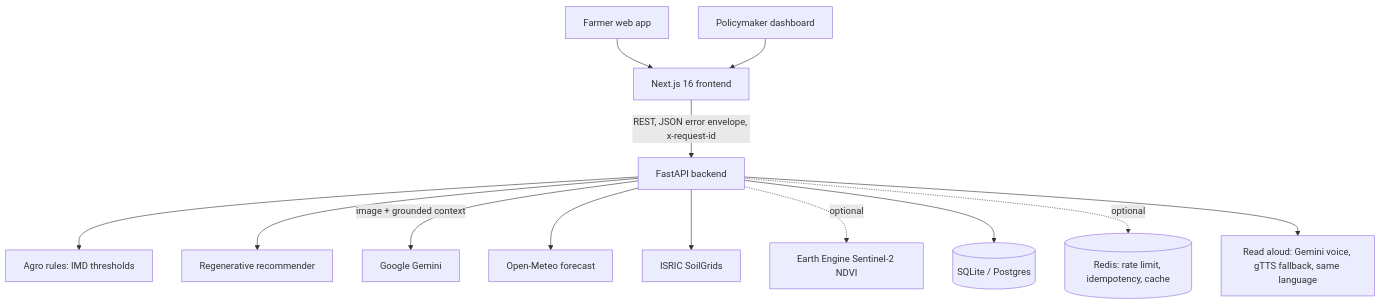
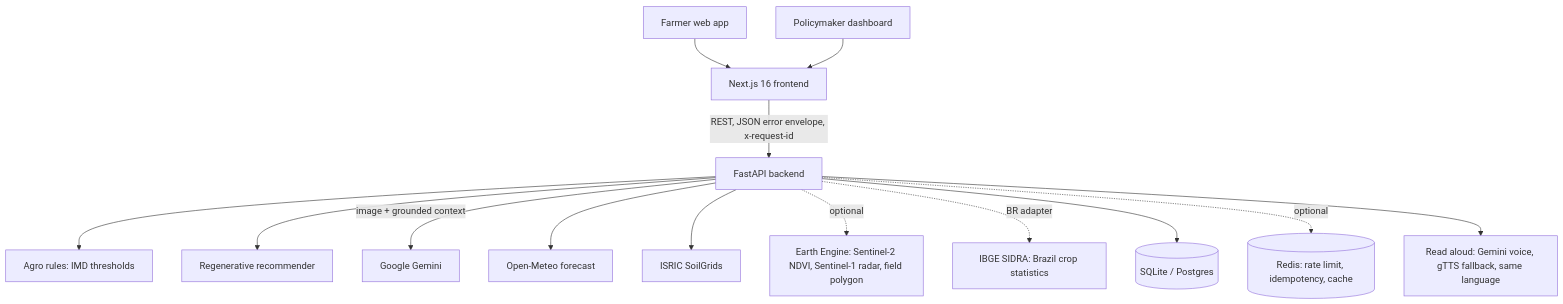
One commit to varad-oss/krishisathi changed the diagram in README.md. Above: the diagram before and after it, drawn with Mermaid. The commit also changed other lines of this file and 4 other files, not shown here.

First line of the commit message:
docs: field geometry, satellite methodology, risk confidence, evaluation, Brazil adapter, federation (M11.9)

````diff
--- a/README.md
+++ b/README.md
@@ -40,15 +46,16 @@
 ```mermaid
 graph TD
     Farmer[Farmer web app] --> FE[Next.js 16 frontend]
     Policy[Policymaker dashboard] --> FE
     FE -->|REST, JSON error envelope, x-request-id| API[FastAPI backend]
     API --> Rules[Agro rules: IMD thresholds]
     API --> Regen[Regenerative recommender]
     API -->|image + grounded context| Gemini[Google Gemini]
     API --> OM[Open-Meteo forecast]
     API --> SG[ISRIC SoilGrids]
-    API -.optional.-> EE[Earth Engine Sentinel-2 NDVI]
+    API -.optional.-> EE[Earth Engine: Sentinel-2 NDVI, Sentinel-1 radar, field polygon]
+    API -.BR adapter.-> IBGE[IBGE SIDRA: Brazil crop statistics]
     API --> DB[(SQLite / Postgres)]
     API -.optional.-> Redis[(Redis: rate limit, idempotency, cache)]
     API --> TTS[Read aloud: Gemini voice, gTTS fallback, same language]
 ```
````
